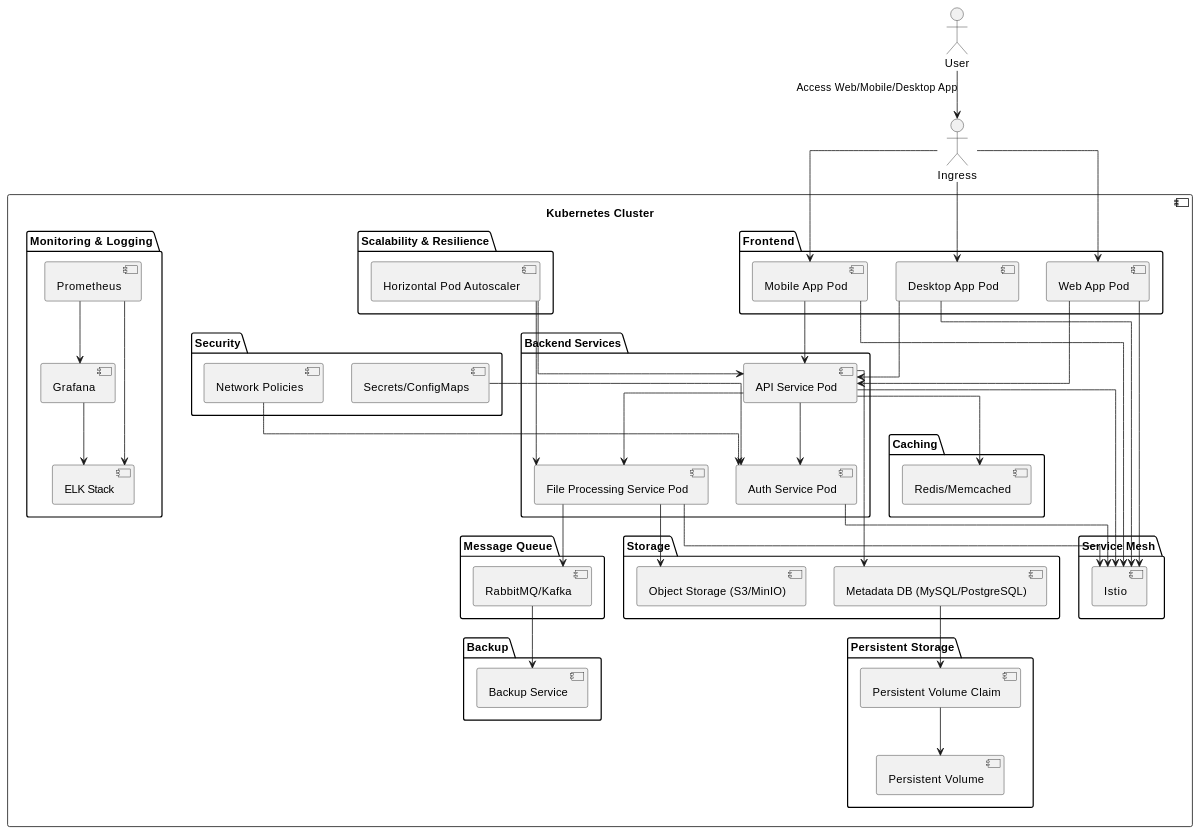
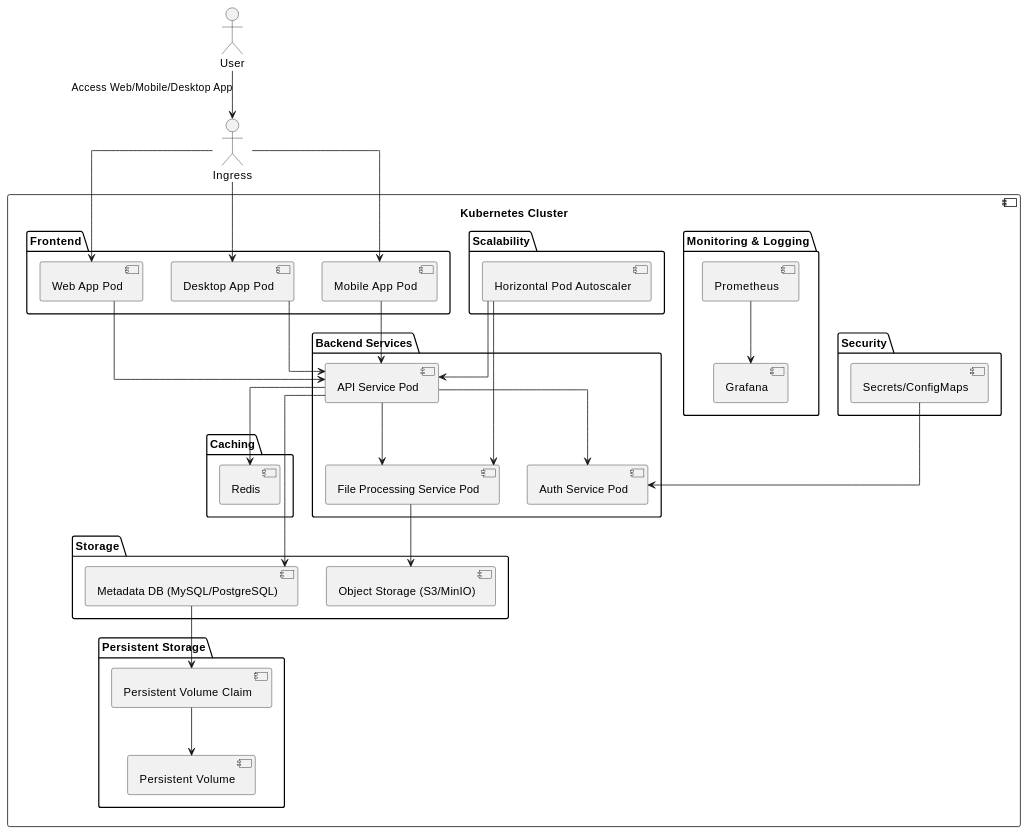
The diagram in readme.md (peacewang017/KloudMinds), drawn with PlantUML before and after one commit. The commit also changed other lines of this file, not shown here.

```diff
--- a/readme.md
+++ b/readme.md
@@ -35,33 +35,19 @@
 
     package "Security" {
         [Secrets/ConfigMaps]
-        [Network Policies]
     }
 
     package "Monitoring & Logging" {
         [Prometheus]
         [Grafana]
-        [ELK Stack]
     }
 
-    package "Scalability & Resilience" {
+    package "Scalability" {
         [Horizontal Pod Autoscaler]
     }
   
     package "Caching" {
-        [Redis/Memcached]
-    }
-  
-    package "Message Queue" {
-        [RabbitMQ/Kafka]
-    }
-  
-    package "Backup" {
-        [Backup Service]
-    }
-  
-    package "Service Mesh" {
-        [Istio]
+        [Redis]
     }
 
     Ingress --> [Web App Pod]
@@ -76,20 +62,9 @@
     [API Service Pod] --> [Metadata DB (MySQL/PostgreSQL)]
     [Metadata DB (MySQL/PostgreSQL)] --> [Persistent Volume Claim]
     [Persistent Volume Claim] --> [Persistent Volume]
-    [API Service Pod] --> [Redis/Memcached]
-    [File Processing Service Pod] --> [RabbitMQ/Kafka]
-    [RabbitMQ/Kafka] --> [Backup Service]
-    [Auth Service Pod] --> [Istio]
-    [File Processing Service Pod] --> [Istio]
-    [API Service Pod] --> [Istio]
-    [Web App Pod] --> [Istio]
-    [Mobile App Pod] --> [Istio]
-    [Desktop App Pod] --> [Istio]
+    [API Service Pod] --> [Redis]
     [Secrets/ConfigMaps] --> [Auth Service Pod]
-    [Network Policies] --> [Auth Service Pod]
     [Prometheus] --> [Grafana]
-    [Prometheus] --> [ELK Stack]
-    [Grafana] --> [ELK Stack]
     [Horizontal Pod Autoscaler] --> [API Service Pod]
     [Horizontal Pod Autoscaler] --> [File Processing Service Pod]
 }
```
